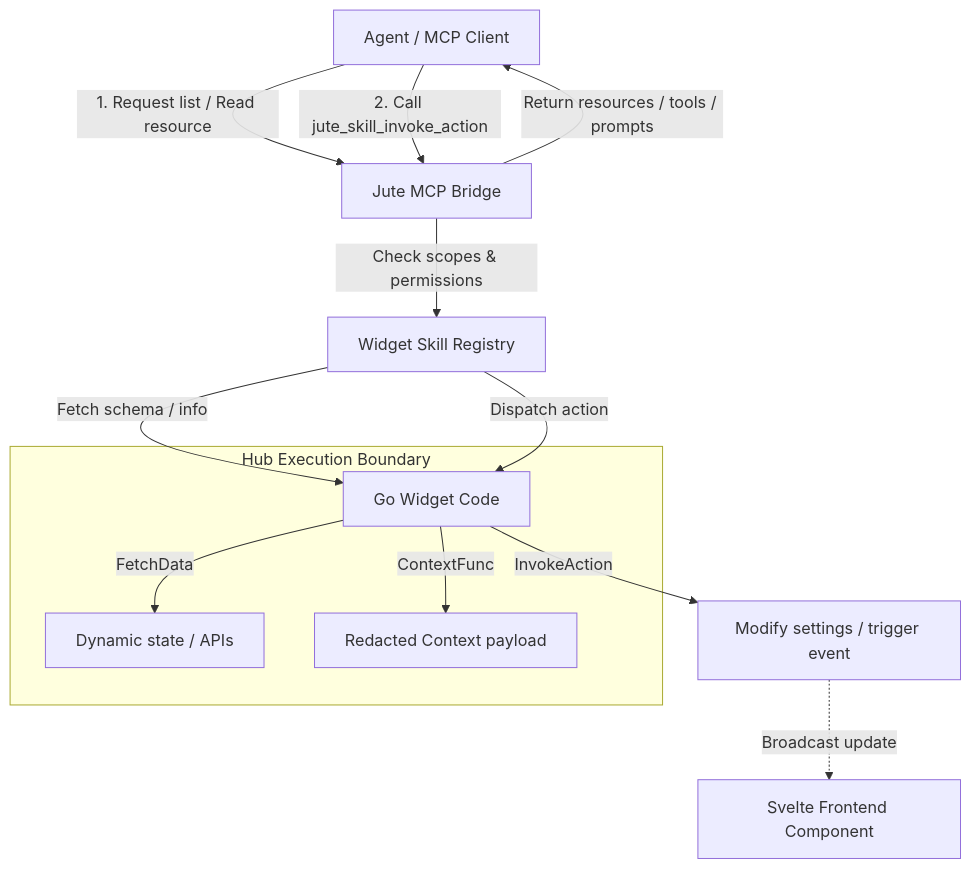
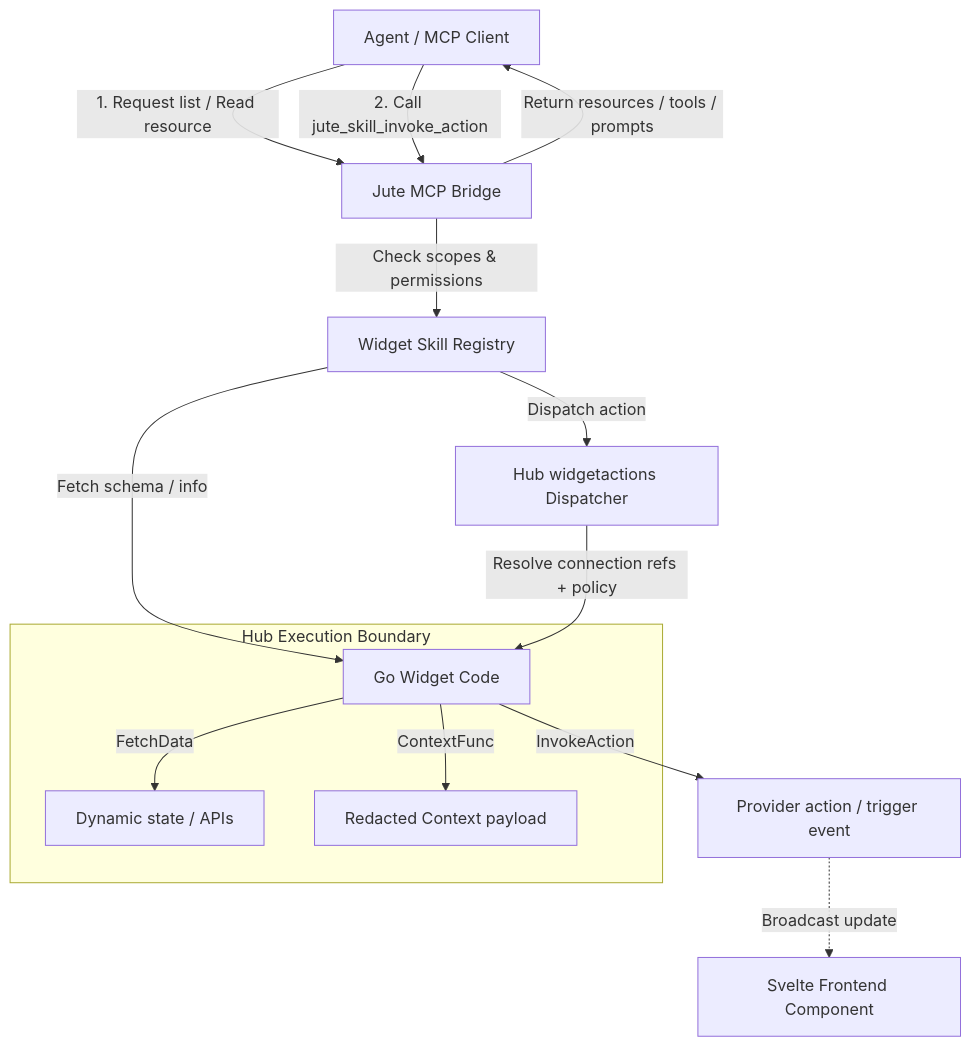
Before and after one commit to juteai/jute-dash: the diagram in docs/architecture/widget-skills.md, drawn with Mermaid. The commit also changed other lines of this file and 195 other files, not shown here.

````diff
--- a/docs/architecture/widget-skills.md
+++ b/docs/architecture/widget-skills.md
@@ -24,19 +24,20 @@
 ```mermaid
 flowchart TD
     Agent[Agent / MCP Client] -->|1. Request list / Read resource| Bridge[Jute MCP Bridge]
     Agent -->|2. Call jute_skill_invoke_action| Bridge
 
     Bridge -->|Check scopes & permissions| Registry[Widget Skill Registry]
     Registry -->|Fetch schema / info| GoWidget[Go Widget Code]
 
     subgraph Execution [Hub Execution Boundary]
         GoWidget -->|FetchData| Data[Dynamic state / APIs]
         GoWidget -->|ContextFunc| Context[Redacted Context payload]
     end
 
     Bridge -->|Return resources / tools / prompts| Agent
 
-    Registry -->|Dispatch action| GoWidget
-    GoWidget -->|InvokeAction| ActionExec[Modify settings / trigger event]
+    Registry -->|Dispatch action| Dispatcher["Hub widgetactions Dispatcher"]
+    Dispatcher -->|Resolve connection refs + policy| GoWidget
+    GoWidget -->|InvokeAction| ActionExec[Provider action / trigger event]
     ActionExec -.->|Broadcast update| Svelte[Svelte Frontend Component]
 ```
````
